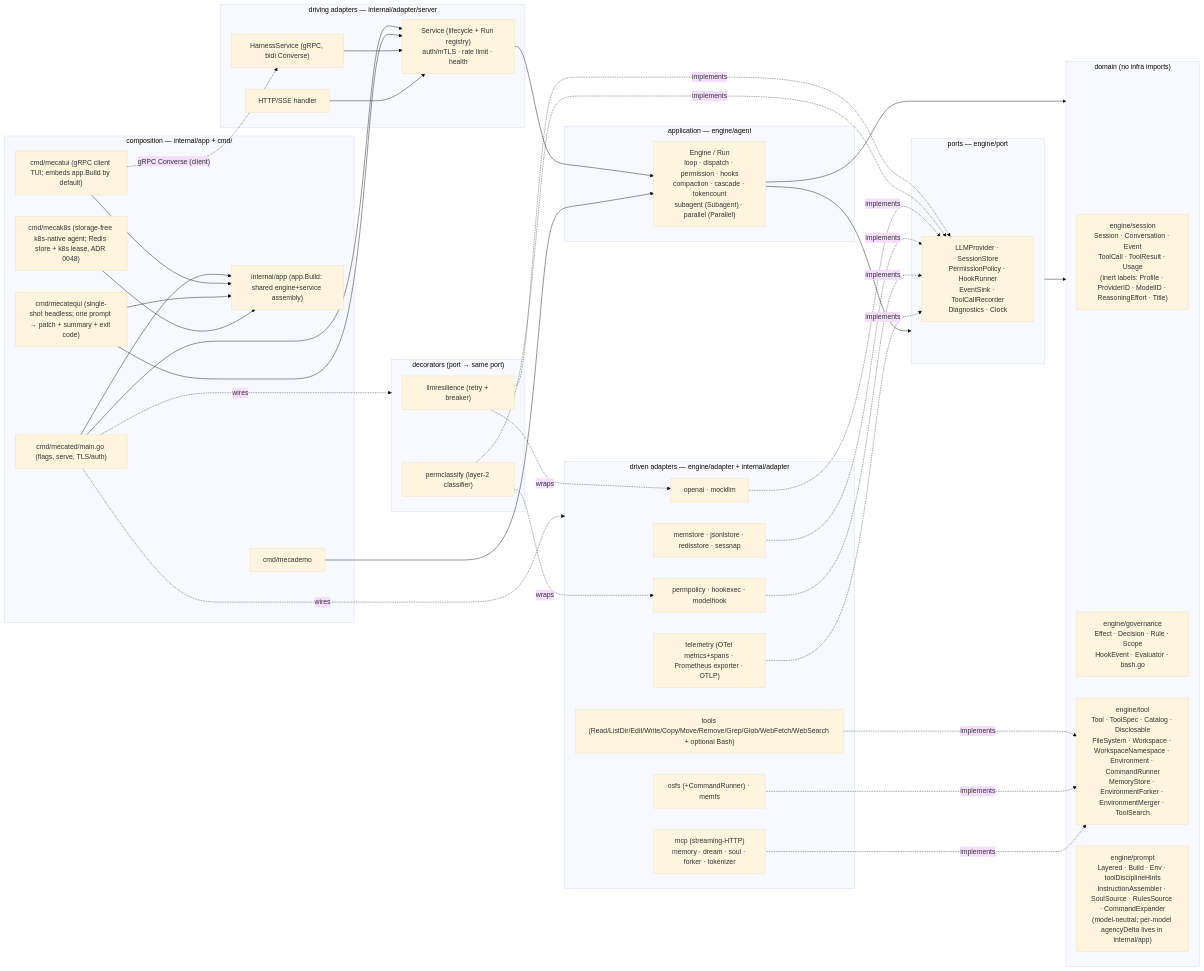
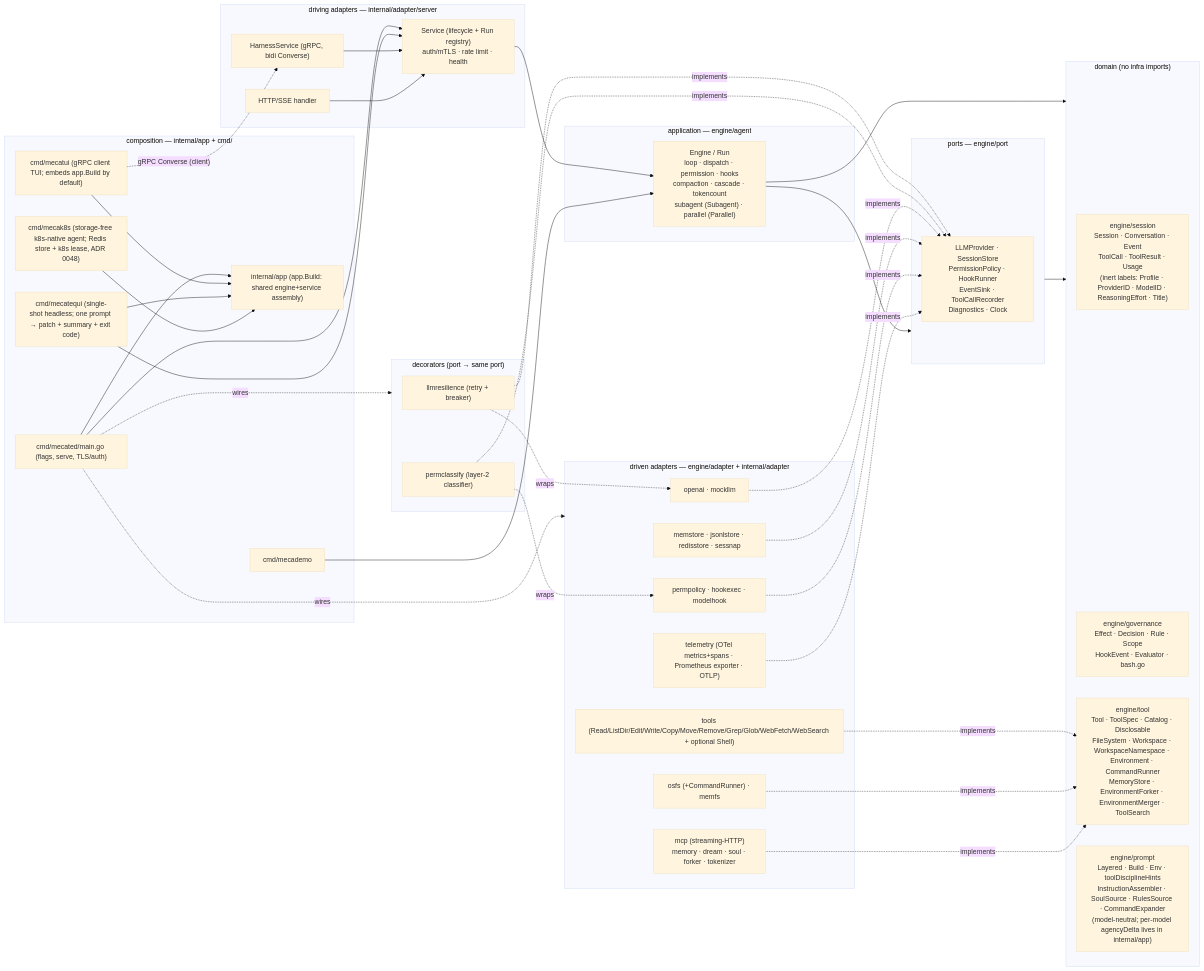
Before and after one commit to Sanskarzz/mecatl: the diagram in docs/architecture.md, drawn with Mermaid (base theme). The commit also changed other lines of this file and 327 other files, not shown here.

Commit message:
feat: rename Bash tool to Shell (#1324)

````diff
--- a/docs/architecture.md
+++ b/docs/architecture.md
@@ -560,74 +560,74 @@
 ```mermaid
 flowchart LR
   subgraph CMD["composition — internal/app + cmd/"]
     app["internal/app (app.Build: shared engine+service assembly)"]
     mecated["cmd/mecated/main.go (flags, serve, TLS/auth)"]
     demo["cmd/mecademo"]
     tui["cmd/mecatui (gRPC client TUI; embeds app.Build by default)"]
     mq["cmd/mecatequi (single-shot headless; one prompt → patch + summary + exit code)"]
     k8s["cmd/mecak8s (storage-free k8s-native agent; Redis store + k8s lease, ADR 0048)"]
     mecated --> app
     tui --> app
     mq --> app
     k8s --> app
   end
 
   subgraph DRIVING["driving adapters — internal/adapter/server"]
     grpc["HarnessService (gRPC, bidi Converse)"]
     http["HTTP/SSE handler"]
     svc["Service (lifecycle + Run registry)\nauth/mTLS · rate limit · health"]
   end
 
   subgraph APP["application — engine/agent"]
     engine["Engine / Run\nloop · dispatch · permission · hooks\ncompaction · cascade · tokencount\nsubagent (Subagent) · parallel (Parallel)"]
   end
 
   subgraph PORTS["ports — engine/port"]
     p["LLMProvider · SessionStore\nPermissionPolicy · HookRunner\nEventSink · ToolCallRecorder\nDiagnostics · Clock"]
   end
 
   subgraph DOMAIN["domain (no infra imports)"]
     sess["engine/session\nSession · Conversation · Event\nToolCall · ToolResult · Usage\n(inert labels: Profile · ProviderID · ModelID · ReasoningEffort · Title)"]
     gov["engine/governance\nEffect · Decision · Rule · Scope\nHookEvent · Evaluator · bash.go"]
     tl["engine/tool\nTool · ToolSpec · Catalog · Disclosable\nFileSystem · Workspace · WorkspaceNamespace · Environment · CommandRunner\nMemoryStore · EnvironmentForker · EnvironmentMerger · ToolSearch"]
     pr["engine/prompt\nLayered · Build · Env · toolDisciplineHints\nInstructionAssembler · SoulSource · RulesSource · CommandExpander\n(model-neutral; per-model agencyDelta lives in internal/app)"]
   end
 
   subgraph DECOR["decorators (port → same port)"]
     res["llmresilience (retry + breaker)"]
     pc["permclassify (layer-2 classifier)"]
   end
 
   subgraph DRIVEN["driven adapters — engine/adapter + internal/adapter"]
     oai["openai · mockllm"]
     fs["osfs (+CommandRunner) · memfs"]
     st["memstore · jsonlstore · redisstore · sessnap"]
-    tools["tools (Read/ListDir/Edit/Write/Copy/Move/Remove/Grep/Glob/WebFetch/WebSearch + optional Bash)"]
+    tools["tools (Read/ListDir/Edit/Write/Copy/Move/Remove/Grep/Glob/WebFetch/WebSearch + optional Shell)"]
     pp["permpolicy · hookexec · modelhook"]
     tel["telemetry (OTel metrics+spans · Prometheus exporter · OTLP)"]
     ext["mcp (streaming-HTTP)\nmemory · dream · soul · forker · tokenizer"]
   end
 
   mecated --> svc --> engine
   demo --> engine
   mq --> svc
   tui -. "gRPC Converse (client)" .-> grpc
   grpc --> svc
   http --> svc
   engine --> PORTS
   engine --> DOMAIN
   PORTS --> DOMAIN
   res -.wraps.-> oai
   res -.implements.-> p
   pc -.wraps.-> pp
   pc -.implements.-> p
   oai -.implements.-> p
   st -.implements.-> p
   pp -.implements.-> p
   tel -.implements.-> p
   tools -.implements.-> tl
   fs -.implements.-> tl
   ext -.implements.-> tl
   mecated -. wires .-> DRIVEN
   mecated -. wires .-> DECOR
 ```
````
